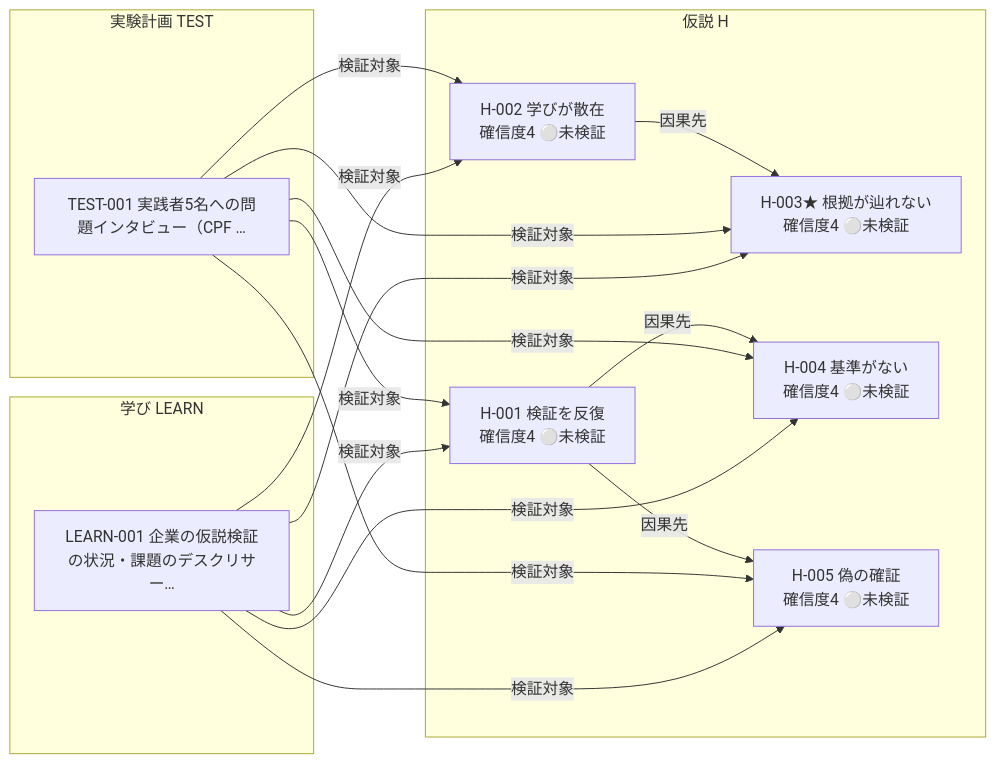
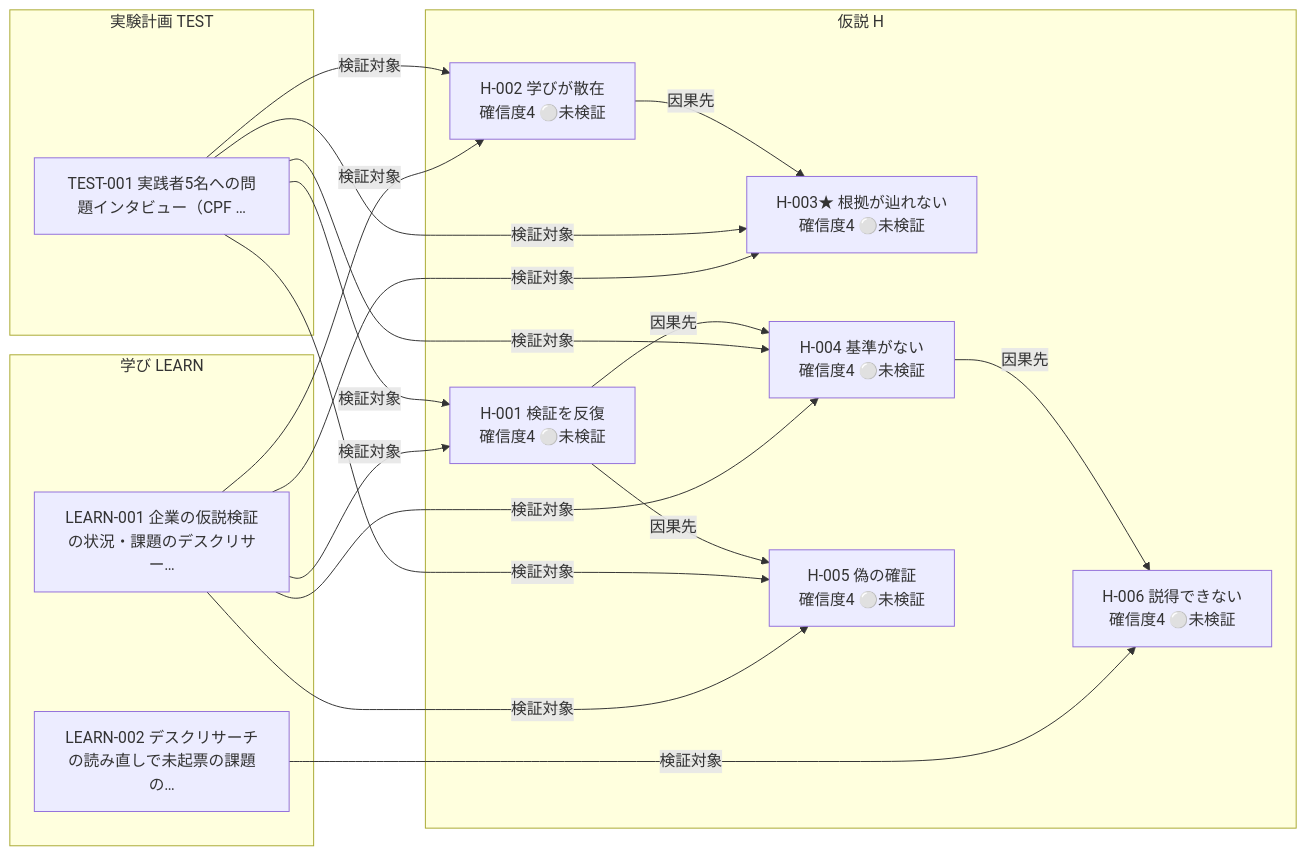
Before and after one commit to haru01/hypothesis-wiki: the diagram in projects/self/wiki/views/relations.md, drawn with Mermaid. The commit also changed other lines of this file and 7 other files, not shown here.

````diff
--- a/projects/self/wiki/views/relations.md
+++ b/projects/self/wiki/views/relations.md
@@ -9,29 +9,33 @@
 ```mermaid
 flowchart LR
     subgraph H["仮説 H"]
       SELF_H_001["H-001 検証を反復<br/>確信度4 ⚪未検証"]
       SELF_H_002["H-002 学びが散在<br/>確信度4 ⚪未検証"]
       SELF_H_003["H-003★ 根拠が辿れない<br/>確信度4 ⚪未検証"]
       SELF_H_004["H-004 基準がない<br/>確信度4 ⚪未検証"]
       SELF_H_005["H-005 偽の確証<br/>確信度4 ⚪未検証"]
+      SELF_H_006["H-006 説得できない<br/>確信度4 ⚪未検証"]
     end
     subgraph TEST["実験計画 TEST"]
       SELF_TEST_001["TEST-001 実践者5名への問題インタビュー（CPF …"]
     end
     subgraph LEARN["学び LEARN"]
       SELF_LEARN_001["LEARN-001 企業の仮説検証の状況・課題のデスクリサー…"]
+      SELF_LEARN_002["LEARN-002 デスクリサーチの読み直しで未起票の課題の…"]
     end
     SELF_H_001 -->|因果先| SELF_H_004
     SELF_H_001 -->|因果先| SELF_H_005
     SELF_H_002 -->|因果先| SELF_H_003
+    SELF_H_004 -->|因果先| SELF_H_006
     SELF_TEST_001 -->|検証対象| SELF_H_001
     SELF_TEST_001 -->|検証対象| SELF_H_002
     SELF_TEST_001 -->|検証対象| SELF_H_003
     SELF_TEST_001 -->|検証対象| SELF_H_004
     SELF_TEST_001 -->|検証対象| SELF_H_005
     SELF_LEARN_001 -->|検証対象| SELF_H_001
     SELF_LEARN_001 -->|検証対象| SELF_H_002
     SELF_LEARN_001 -->|検証対象| SELF_H_003
     SELF_LEARN_001 -->|検証対象| SELF_H_004
     SELF_LEARN_001 -->|検証対象| SELF_H_005
+    SELF_LEARN_002 -->|検証対象| SELF_H_006
 ```
````
